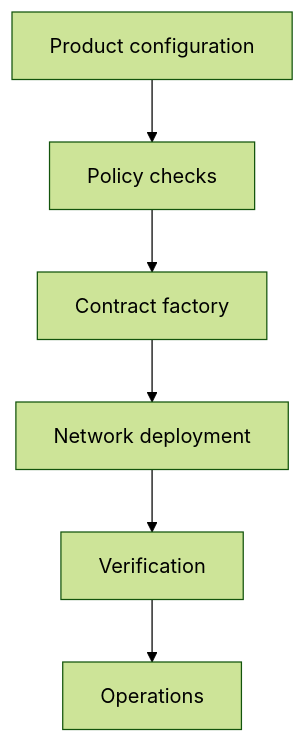
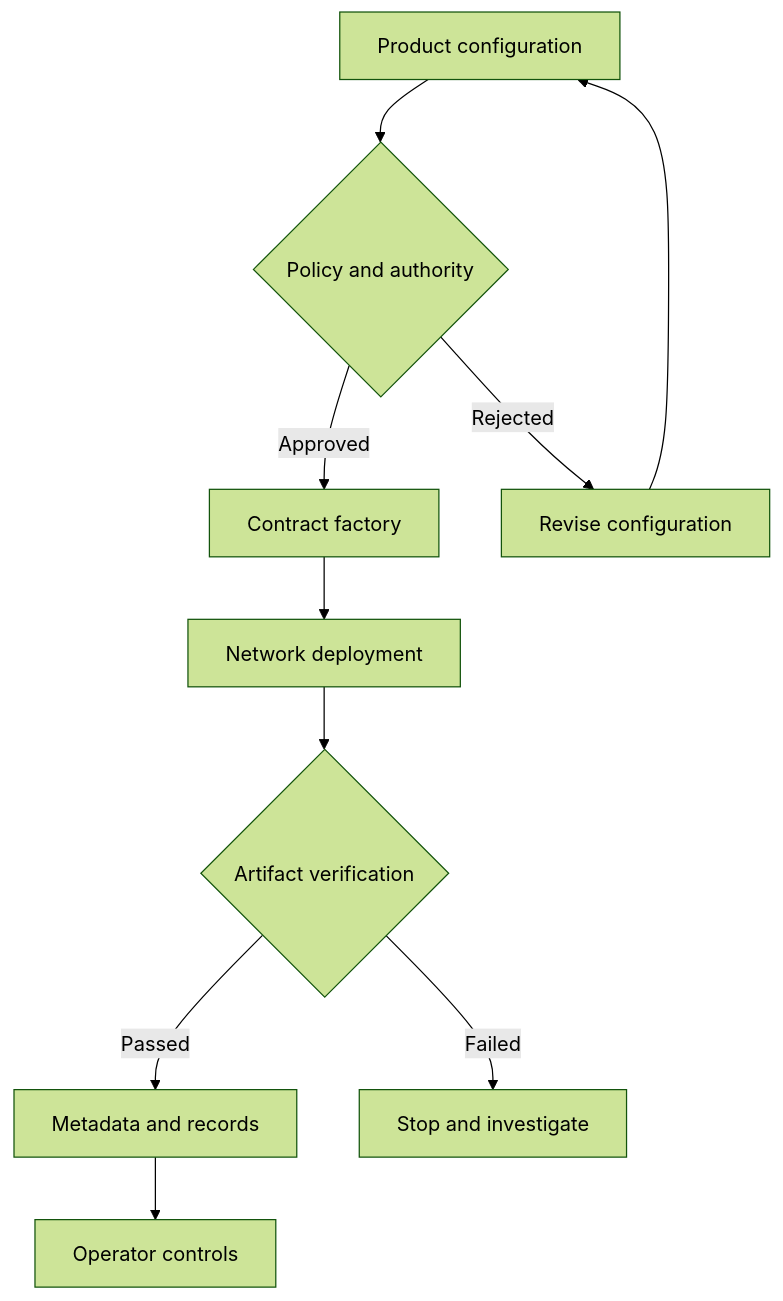
Before and after one commit to J0UH/stablecoin-factory: the diagram in README.md, drawn with Mermaid (forest theme). The commit also changed other lines of this file and 2 other files, not shown here.

Commit message:
docs: refine project portfolio

````diff
--- a/README.md
+++ b/README.md
@@ -26,14 +28,14 @@
 ```mermaid
 flowchart TD
-    n0["Product configuration"]
-    n1["Policy checks"]
-    n2["Contract factory"]
-    n3["Network deployment"]
-    n4["Verification"]
-    n5["Operations"]
-    n0 --> n1
-    n1 --> n2
-    n2 --> n3
-    n3 --> n4
-    n4 --> n5
+accTitle: Programmable asset issuance
+accDescr: Product configuration must pass policy and authority checks before deployment. Verification either records the release and enables operator controls or stops the workflow for investigation.
+    config["Product configuration"] --> policy{"Policy and authority"}
+    policy -->|Approved| factory["Contract factory"]
+    policy -->|Rejected| revise["Revise configuration"]
+    revise --> config
+    factory --> deploy["Network deployment"]
+    deploy --> verify{"Artifact verification"}
+    verify -->|Passed| metadata["Metadata and records"]
+    verify -->|Failed| stop["Stop and investigate"]
+    metadata --> operations["Operator controls"]
 ```
````
